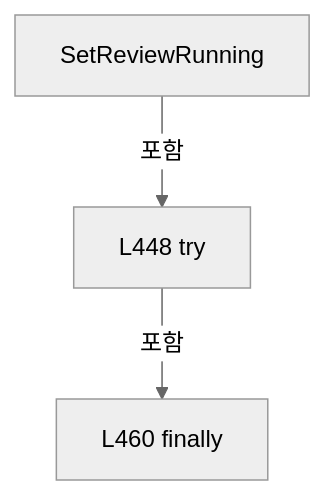
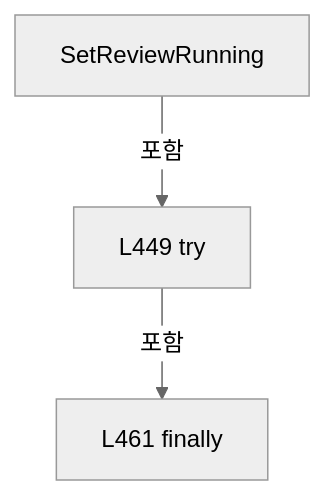
Before and after one commit to kjuws10-rgb/Shared: diagram 12 of 27 in A3 LD Code Ref/files/Drilling.Common/Product/CProductManager.cs.md, drawn with Mermaid (neutral theme). The commit also changed other lines of this file and 8055 other files, not shown here.

Commit message:
docs(a3): trace Stage Glass Data and refresh architecture and full code reference

````diff
--- a/A3 LD Code Ref/files/Drilling.Common/Product/CProductManager.cs.md
+++ b/A3 LD Code Ref/files/Drilling.Common/Product/CProductManager.cs.md
@@ -1609,8 +1610,8 @@
 ```mermaid
 flowchart TD
  M["SetReviewRunning"]
- N0["L448 try"]
+ N0["L449 try"]
  M -->|포함| N0
- N1["L460 finally"]
+ N1["L461 finally"]
  N0 -->|포함| N1
 ```
````
